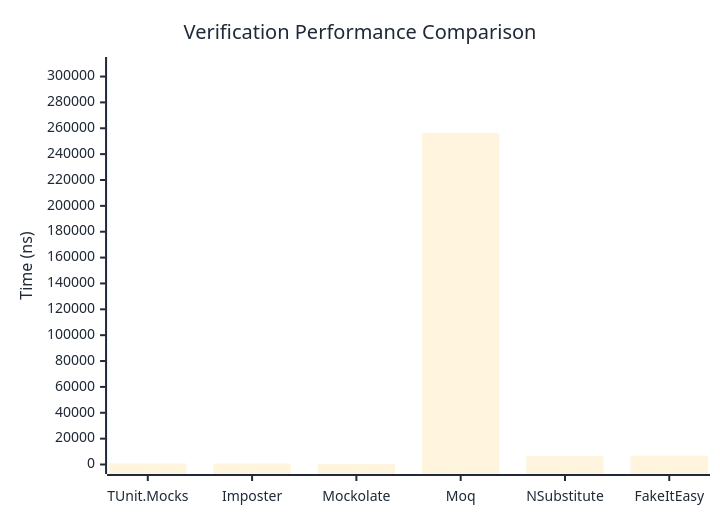
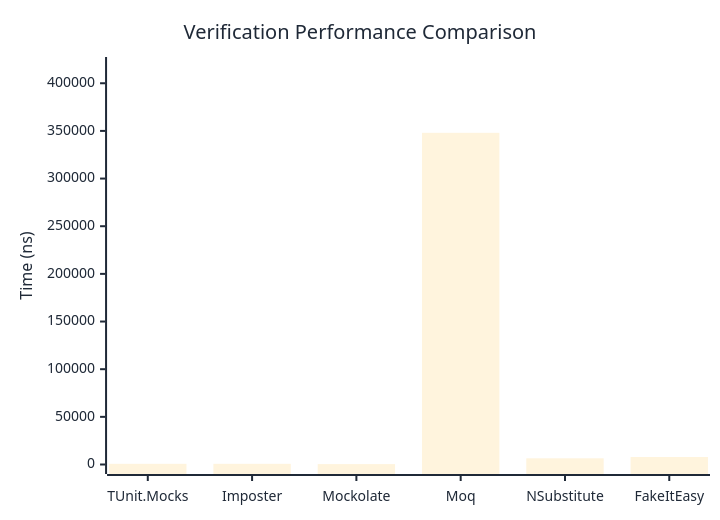
The first of 3 diagrams in docs/docs/benchmarks/mocks/Verification.md (thomhurst/TUnit), drawn with Mermaid before and after one commit. The commit also changed other lines of this file and 14 other files, not shown here.

````diff
--- a/docs/docs/benchmarks/mocks/Verification.md
+++ b/docs/docs/benchmarks/mocks/Verification.md
@@ -30,27 +30,27 @@
 ```mermaid
 %%{init: {
   'theme':'base',
   'themeVariables': {
     'primaryColor': '#2563eb',
     'primaryTextColor': '#1f2937',
     'primaryBorderColor': '#1e40af',
     'lineColor': '#6b7280',
     'secondaryColor': '#7c3aed',
     'tertiaryColor': '#dc2626',
     'background': '#ffffff',
     'pie1': '#2563eb',
     'pie2': '#7c3aed',
     'pie3': '#dc2626',
     'pie4': '#f59e0b',
     'pie5': '#10b981',
     'pie6': '#06b6d4',
     'pie7': '#ec4899',
     'pie8': '#6366f1'
   }
 }}%%
 xychart-beta
   title "Verification Performance Comparison"
   x-axis ["TUnit.Mocks", "Imposter", "Mockolate", "Moq", "NSubstitute", "FakeItEasy"]
-  y-axis "Time (ns)" 0 --> 307760
-  bar [834.72, 766.9, 478.83, 256466.16, 6364.72, 6788.61]
+  y-axis "Time (ns)" 0 --> 417576
+  bar [726.84, 722.49, 412.91, 347979.68, 6490.58, 7854.8]
 ```
````
